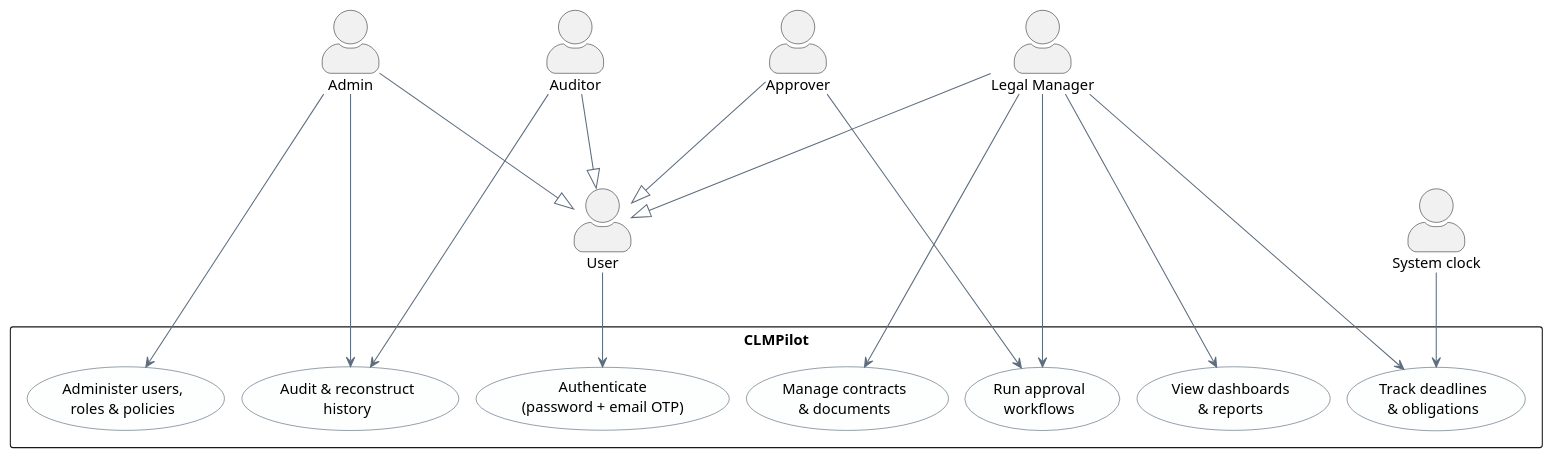
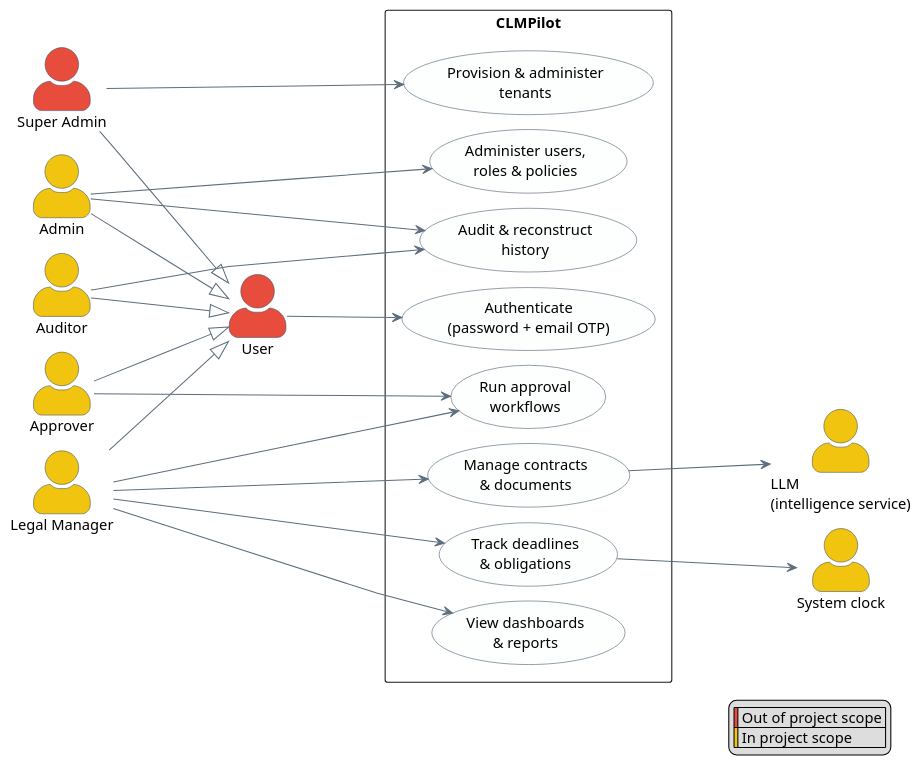
Before and after one commit to idris-saddi/pfe-report: the diagram in report/Chapter2/figures/usecase-overview.puml, drawn with PlantUML. The commit also changed 66 other files, not shown here.

```diff
--- a/report/Chapter2/figures/usecase-overview.puml
+++ b/report/Chapter2/figures/usecase-overview.puml
@@ -1,63 +1,80 @@
 @startuml usecase-overview
 '==============================================================================
-' Figure (Chapter I): High-level use-case diagram for CLMPilot.
-' Each middle use case names a functional area (Sec. 4.1-4.8); the detailed,
-' per-area use cases are catalogued in the functional-requirements section and
-' the actor table (tab:actors). Human actors sit on the left, the System clock
-' on the right, the system boundary in the middle.
-' Render:  plantuml -tsvg usecase-overview.puml && \
-'          rsvg-convert -f pdf -o usecase-overview.pdf usecase-overview.svg
+' Figure (Chapter II): High-level use-case diagram for CLMPilot.
+' Standard use-case arrangement: human actors on the LEFT, one use case per
+' functional area inside the system boundary in the MIDDLE, secondary /
+' external actors (System clock, LLM) on the RIGHT.
+' Colour legend (this diagram contains out-of-scope actors): RED = out of the
+' project's scope (Super Admin + the framework-default User parent);
+' YELLOW = in scope.
+' Render:  make figures   (or: plantuml -tsvg usecase-overview.puml &&
+'          rsvg-convert -f pdf -o usecase-overview.pdf usecase-overview.svg)
 '==============================================================================
 left to right direction
 skinparam shadowing false
 skinparam defaultFontName Helvetica
 skinparam packageStyle rectangle
 skinparam actorStyle awesome
-skinparam ranksep 90
-skinparam nodesep 16
+skinparam linetype polyline
+skinparam ranksep 110
+skinparam nodesep 14
 skinparam usecase {
   BorderColor      #34495E
   BackgroundColor  #FDFEFE
   ArrowColor       #5D6D7E
 }
+skinparam actor {
+  BorderColor      #34495E
+}
 
-' ---------------- Actors: human roles on the left ----------------
-actor "User"          as user
-actor "Admin"         as admin
-actor "Legal Manager" as lm
-actor "Approver"      as appr
-actor "Auditor"       as aud
+' ---------------- Human actors (left) ----------------
+actor "Super Admin"   as sa    #E74C3C
+actor "Admin"         as admin #F1C40F
+actor "User"          as user  #E74C3C
+actor "Legal Manager" as lm    #F1C40F
+actor "Approver"      as appr  #F1C40F
+actor "Auditor"       as aud   #F1C40F
 
-' The four roles specialise a common User, inheriting authentication.
+' The human roles specialise a common User, inheriting authentication.
+sa    --|> user
 admin --|> user
 lm    --|> user
 appr  --|> user
 aud   --|> user
 
 ' ---------------- System boundary: one use case per functional area ----------------
 rectangle "CLMPilot" {
+  usecase "Provision & administer\ntenants"           as UC_tenants
+  usecase "Administer users,\nroles & policies"       as UC_iam
   usecase "Authenticate\n(password + email OTP)"      as UC_auth
-  usecase "Administer users,\nroles & policies"       as UC_iam
   usecase "Manage contracts\n& documents"             as UC_contracts
   usecase "Run approval\nworkflows"                    as UC_approvals
   usecase "Track deadlines\n& obligations"            as UC_deadlines
   usecase "View dashboards\n& reports"                as UC_reporting
   usecase "Audit & reconstruct\nhistory"              as UC_audit
 }
 
 ' ---------------- Associations ----------------
-user  --> UC_auth
+sa    --> UC_tenants
 admin --> UC_iam
 admin --> UC_audit
+user  --> UC_auth
 lm    --> UC_contracts
 lm    --> UC_approvals
 lm    --> UC_deadlines
 lm    --> UC_reporting
 appr  --> UC_approvals
 aud   --> UC_audit
 
-' ---------------- System clock (secondary actor that drives reminders) ----------------
-actor "System clock" as clock
-clock --> UC_deadlines
+' ---------------- Secondary / external actors (right) ----------------
+actor "System clock"                as clock #F1C40F
+actor "LLM\n(intelligence service)" as llm   #F1C40F
+UC_deadlines --> clock
+UC_contracts --> llm
+
+legend right
+  |<#E74C3C>| Out of project scope |
+  |<#F1C40F>| In project scope |
+endlegend
 
 @enduml
```
